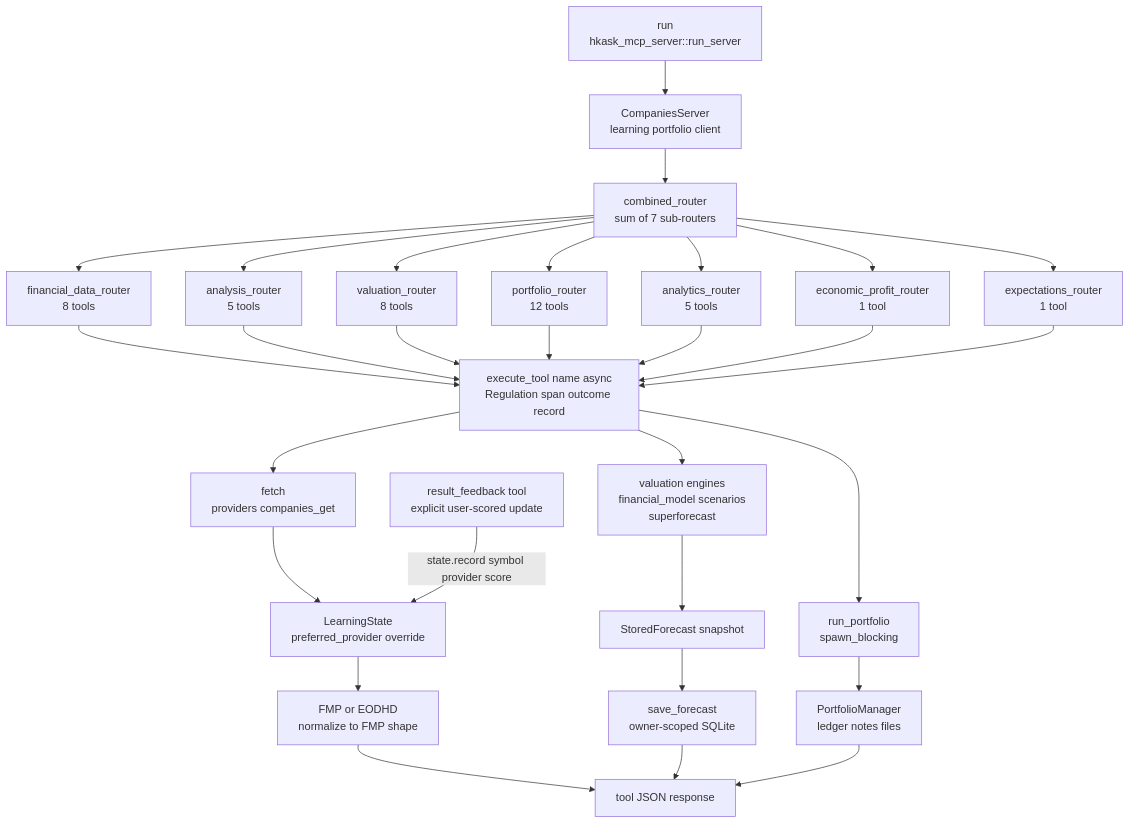
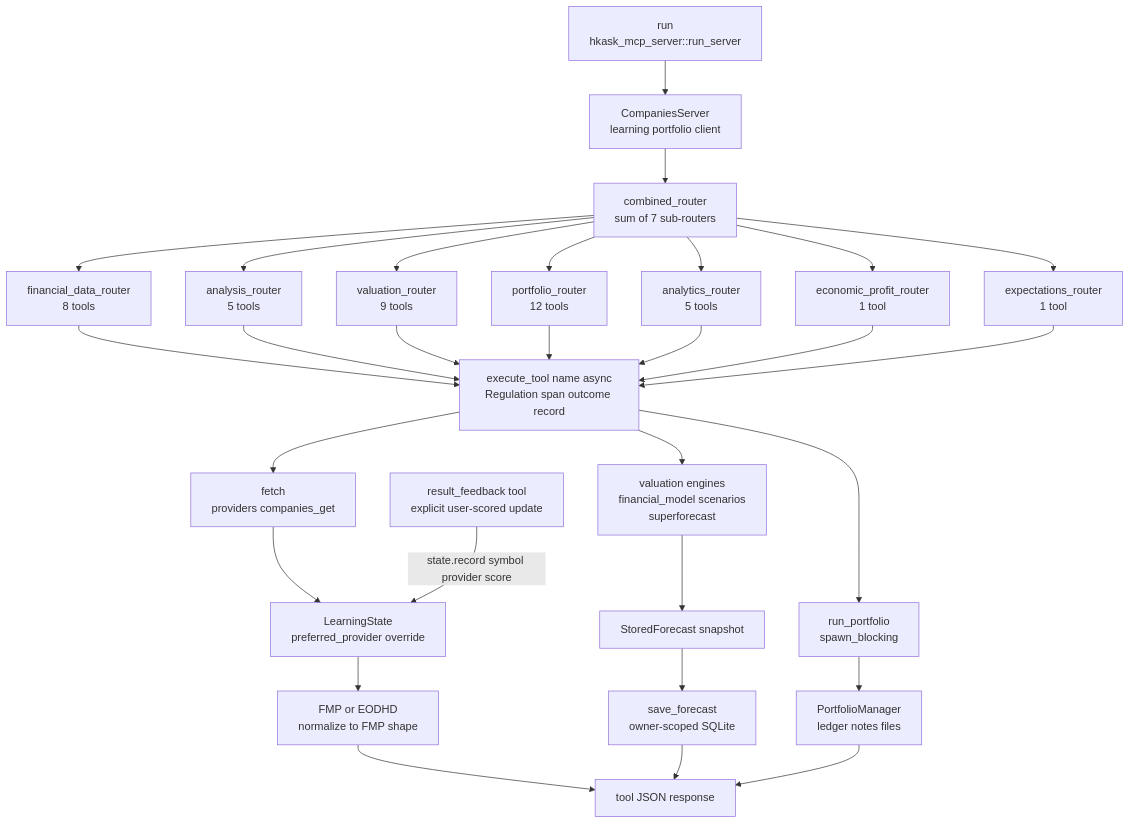
Before and after one commit to mdz-axo/zed-kask: the diagram in kask/docs/reference/mcp-servers/companies.md, drawn with Mermaid. The commit also changed other lines of this file and 55 other files, not shown here.

````diff
--- a/kask/docs/reference/mcp-servers/companies.md
+++ b/kask/docs/reference/mcp-servers/companies.md
@@ -34,33 +34,33 @@
 ```mermaid
 flowchart TD
     Boot["run<br/>hkask_mcp_server::run_server"]
     Boot --> Srv["CompaniesServer<br/>learning portfolio client"]
     Srv --> Comb["combined_router<br/>sum of 7 sub-routers"]
     Comb --> R1["financial_data_router<br/>8 tools"]
     Comb --> R2["analysis_router<br/>5 tools"]
-    Comb --> R3["valuation_router<br/>8 tools"]
+    Comb --> R3["valuation_router<br/>9 tools"]
     Comb --> R4["portfolio_router<br/>12 tools"]
     Comb --> R5["analytics_router<br/>5 tools"]
     Comb --> R6["economic_profit_router<br/>1 tool"]
     Comb --> R7["expectations_router<br/>1 tool"]
     R1 --> Seam["execute_tool name async<br/>Regulation span outcome record"]
     R2 --> Seam
     R3 --> Seam
     R4 --> Seam
     R5 --> Seam
     R6 --> Seam
     R7 --> Seam
     Seam --> SinkA["fetch<br/>providers companies_get"]
     Seam --> SinkB["valuation engines<br/>financial_model scenarios<br/>superforecast"]
     Seam --> SinkC["run_portfolio<br/>spawn_blocking"]
     SinkA --> Learn["LearningState<br/>preferred_provider override"]
     Learn --> FmpEod["FMP or EODHD<br/>normalize to FMP shape"]
     FmpEod --> Out["tool JSON response"]
     SinkB --> Stored["StoredForecast snapshot"]
     Stored --> Persist["save_forecast<br/>owner-scoped SQLite"]
     SinkC --> Ledger["PortfolioManager<br/>ledger notes files"]
     Persist --> Out
     Feedback["result_feedback tool<br/>explicit user-scored update"]
     Feedback -->|"state.record symbol provider score"| Learn
     Ledger --> Out
 ```
````
